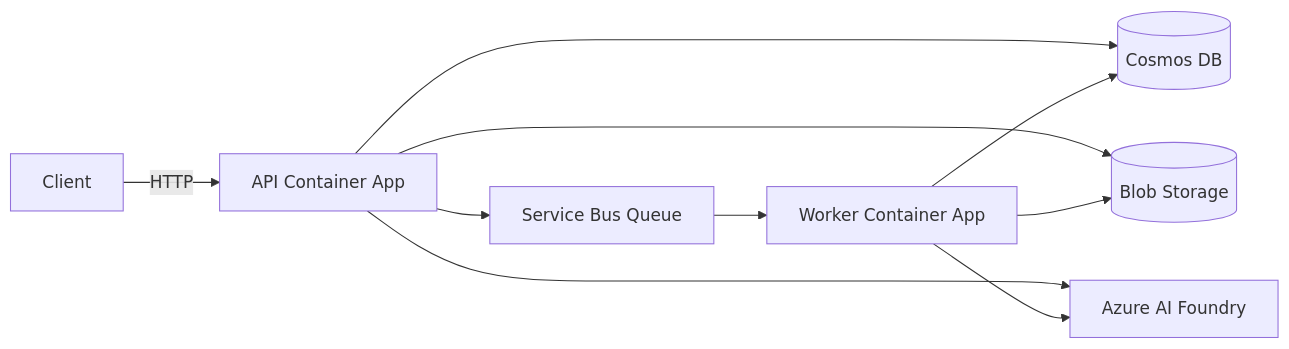
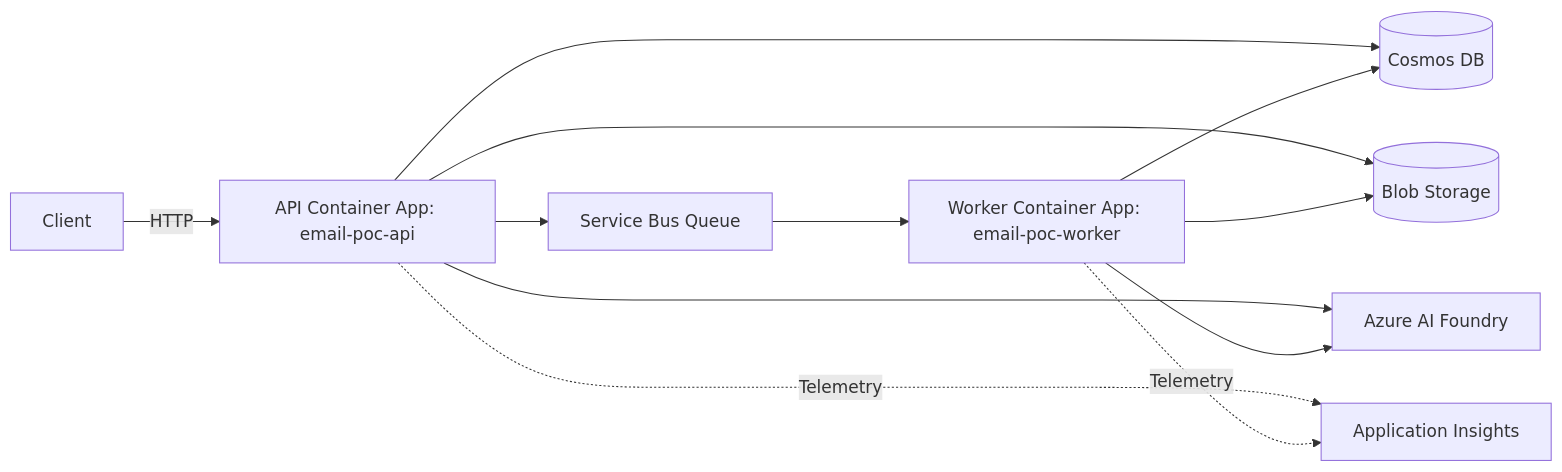
Before and after one commit to olivMertens/ClassyMail: the fifth of 5 diagrams in docs/ARCHITECTURE.md, drawn with Mermaid. The commit also changed other lines of this file and 4 other files, not shown here.

Commit message:
feat(docs): update architecture and troubleshooting documentation for clarity and accuracy

````diff
--- a/docs/ARCHITECTURE.md
+++ b/docs/ARCHITECTURE.md
@@ -311,12 +320,14 @@
 ```mermaid
 flowchart LR
-  Client -->|HTTP| API[API Container App]
+  Client -->|HTTP| API["API Container App: email-poc-api"]
   API --> SBQ[Service Bus Queue]
-  SBQ --> Worker[Worker Container App]
+  SBQ --> Worker["Worker Container App: email-poc-worker"]
   API --> Cosmos[(Cosmos DB)]
   Worker --> Cosmos
   API --> Storage[(Blob Storage)]
   Worker --> Storage
   API --> Foundry[Azure AI Foundry]
   Worker --> Foundry
+  API -.->|Telemetry| AI[Application Insights]
+  Worker -.->|Telemetry| AI
 ```
````
